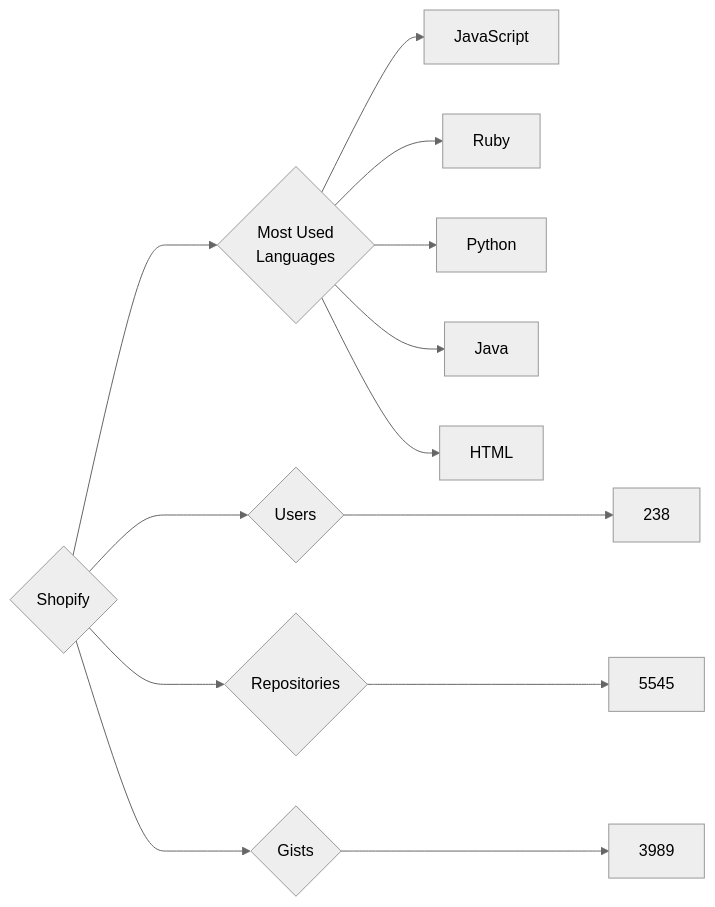
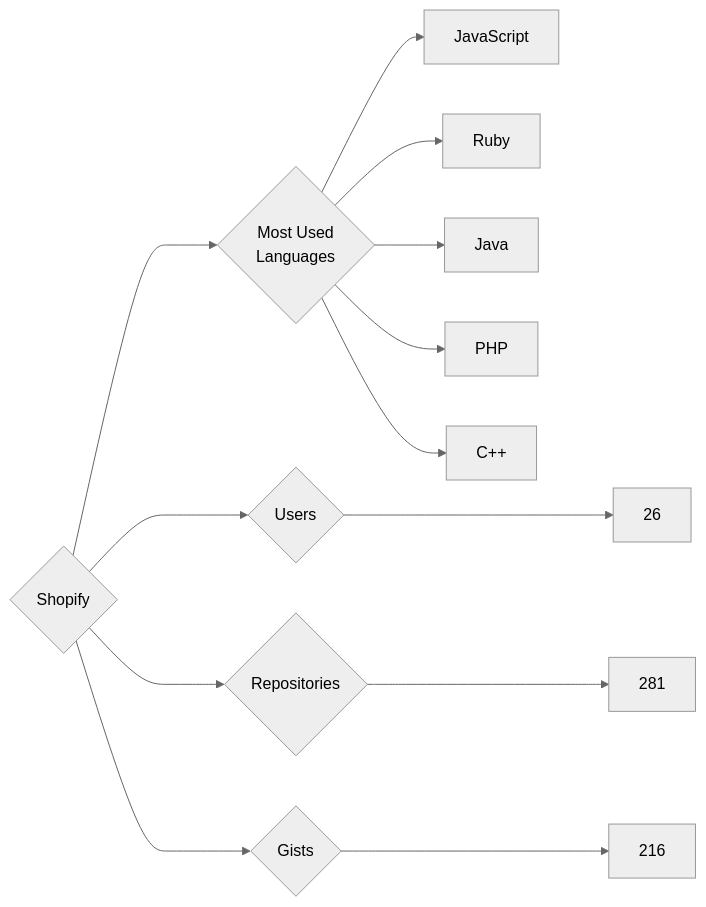
One commit to trickest/insiders changed the diagram in targets/Shopify/README.md. Above: the diagram before and after it, drawn with Mermaid (neutral theme). The commit also changed 748 other files, not shown here.

````diff
--- a/targets/Shopify/README.md
+++ b/targets/Shopify/README.md
@@ -3,13 +3,13 @@
 ```mermaid
 graph LR
 COMPANY_NAME{Shopify}
-COMPANY_NAME ---> U{Users} ---> UN[238]
-COMPANY_NAME ---> R{Repositories} ---> RN[5545]
-COMPANY_NAME ---> G{Gists} ---> GN[3989]
+COMPANY_NAME ---> U{Users} ---> UN[26]
+COMPANY_NAME ---> R{Repositories} ---> RN[281]
+COMPANY_NAME ---> G{Gists} ---> GN[216]
 COMPANY_NAME ---> ML{Most Used<br>Languages}
 ML --> JavaScript[JavaScript]
 ML --> Ruby[Ruby]
-ML --> Python[Python]
 ML --> Java[Java]
-ML --> HTML[HTML]
+ML --> PHP[PHP]
+ML --> C++[C++]
 ```
````
